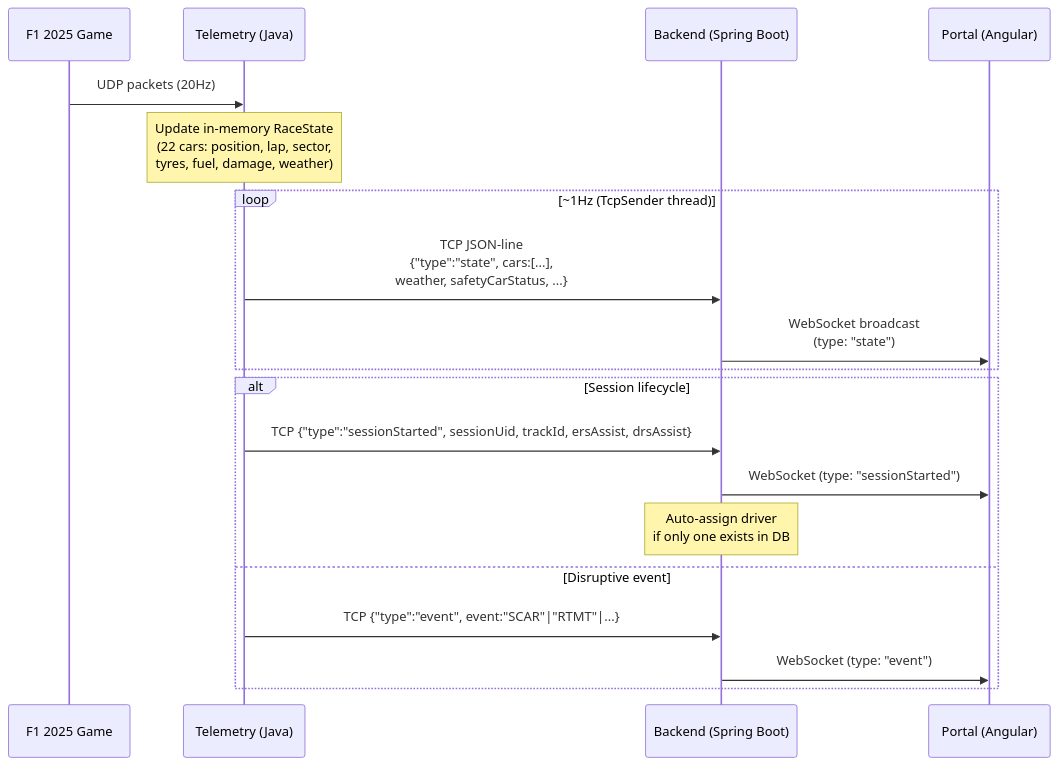
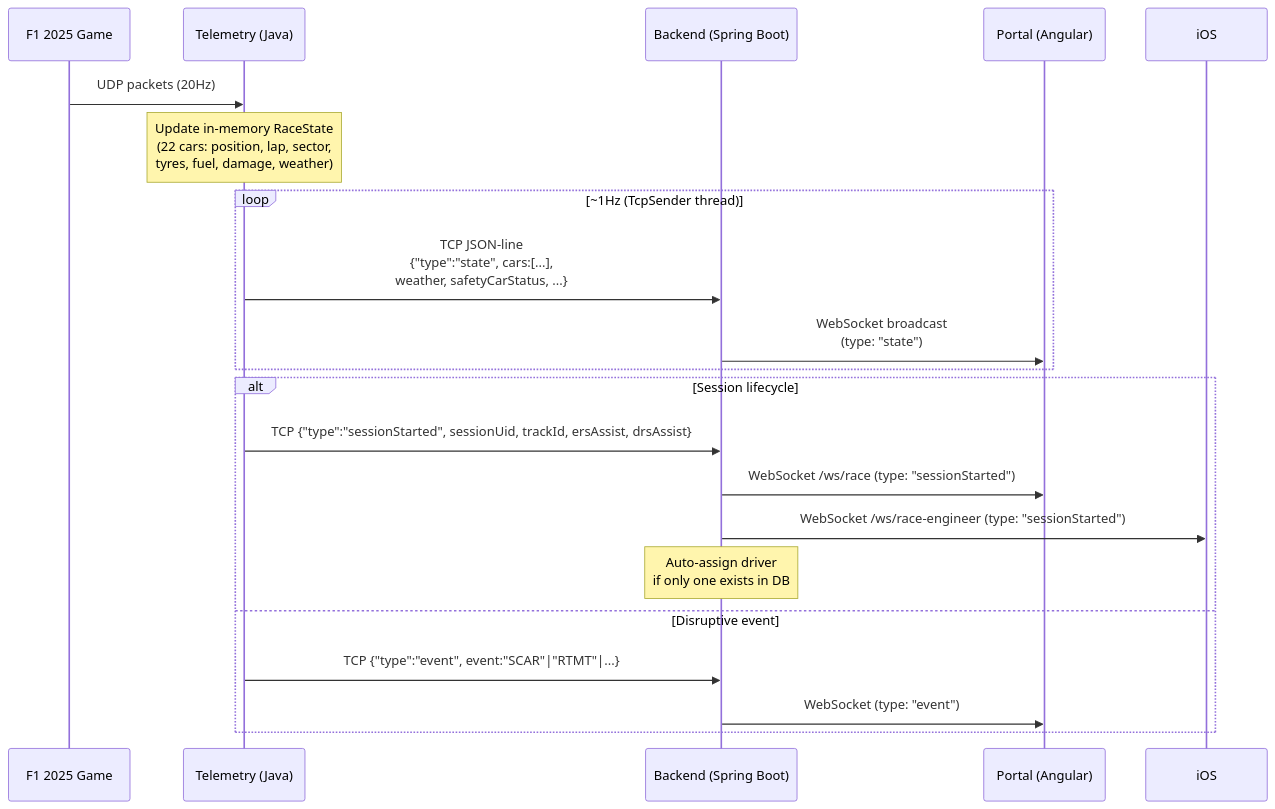
One commit to vmleon/f12025-race-strategy-simulation changed the third of 7 diagrams in design/06-INTEGRATION.md. Above: the diagram before and after it, drawn with Mermaid. The commit also changed other lines of this file, not shown here.

Commit message:
docs: document engineer WebSocket endpoint and session transition

````diff
--- a/design/06-INTEGRATION.md
+++ b/design/06-INTEGRATION.md
@@ -55,24 +55,25 @@
 ```mermaid
 sequenceDiagram
     participant Game as F1 2025 Game
     participant Telemetry as Telemetry (Java)
     participant Backend as Backend (Spring Boot)
     participant Portal as Portal (Angular)
 
     Game->>Telemetry: UDP packets (20Hz)
     Note over Telemetry: Update in-memory RaceState<br/>(22 cars: position, lap, sector,<br/>tyres, fuel, damage, weather)
 
     loop ~1Hz (TcpSender thread)
         Telemetry->>Backend: TCP JSON-line<br/>{"type":"state", cars:[...],<br/>weather, safetyCarStatus, ...}
         Backend->>Portal: WebSocket broadcast<br/>(type: "state")
     end
 
     alt Session lifecycle
         Telemetry->>Backend: TCP {"type":"sessionStarted", sessionUid, trackId, ersAssist, drsAssist}
-        Backend->>Portal: WebSocket (type: "sessionStarted")
+        Backend->>Portal: WebSocket /ws/race (type: "sessionStarted")
+        Backend->>iOS: WebSocket /ws/race-engineer (type: "sessionStarted")
         Note over Backend: Auto-assign driver<br/>if only one exists in DB
     else Disruptive event
         Telemetry->>Backend: TCP {"type":"event", event:"SCAR"|"RTMT"|...}
         Backend->>Portal: WebSocket (type: "event")
     end
 ```
````
